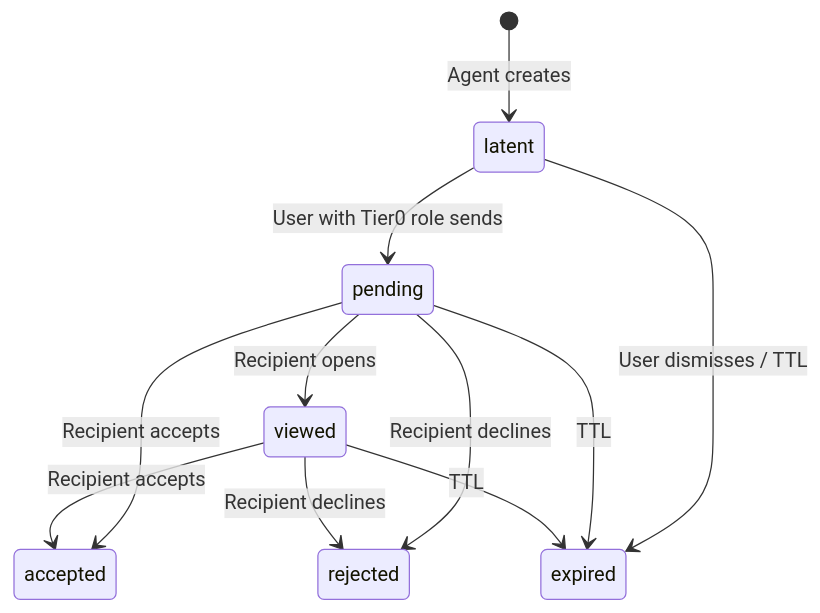
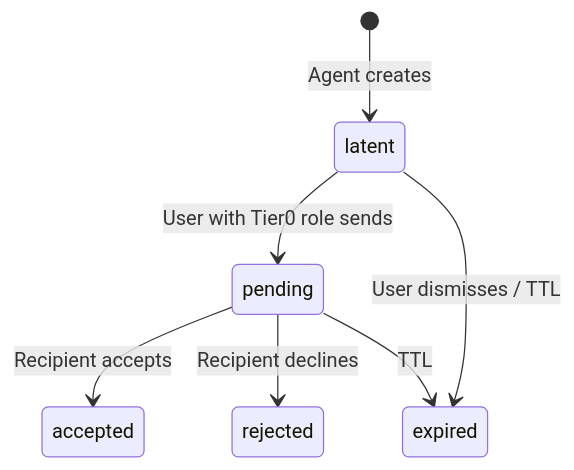
Before and after one commit to yanekyuk/index: the fourth of 5 diagrams in protocol/src/lib/protocol/docs/Latent Opportunity Lifecycle.md, drawn with Mermaid. The commit also changed other lines of this file and 22 other files, not shown here.

````diff
--- a/protocol/src/lib/protocol/docs/Latent Opportunity Lifecycle.md
+++ b/protocol/src/lib/protocol/docs/Latent Opportunity Lifecycle.md
@@ -146,13 +145,9 @@
 ```mermaid
 stateDiagram-v2
     [*] --> latent: Agent creates
     latent --> pending: User with Tier0 role sends
     latent --> expired: User dismisses / TTL
-    pending --> viewed: Recipient opens
     pending --> accepted: Recipient accepts
     pending --> rejected: Recipient declines
     pending --> expired: TTL
-    viewed --> accepted: Recipient accepts
-    viewed --> rejected: Recipient declines
-    viewed --> expired: TTL
 ```
````
